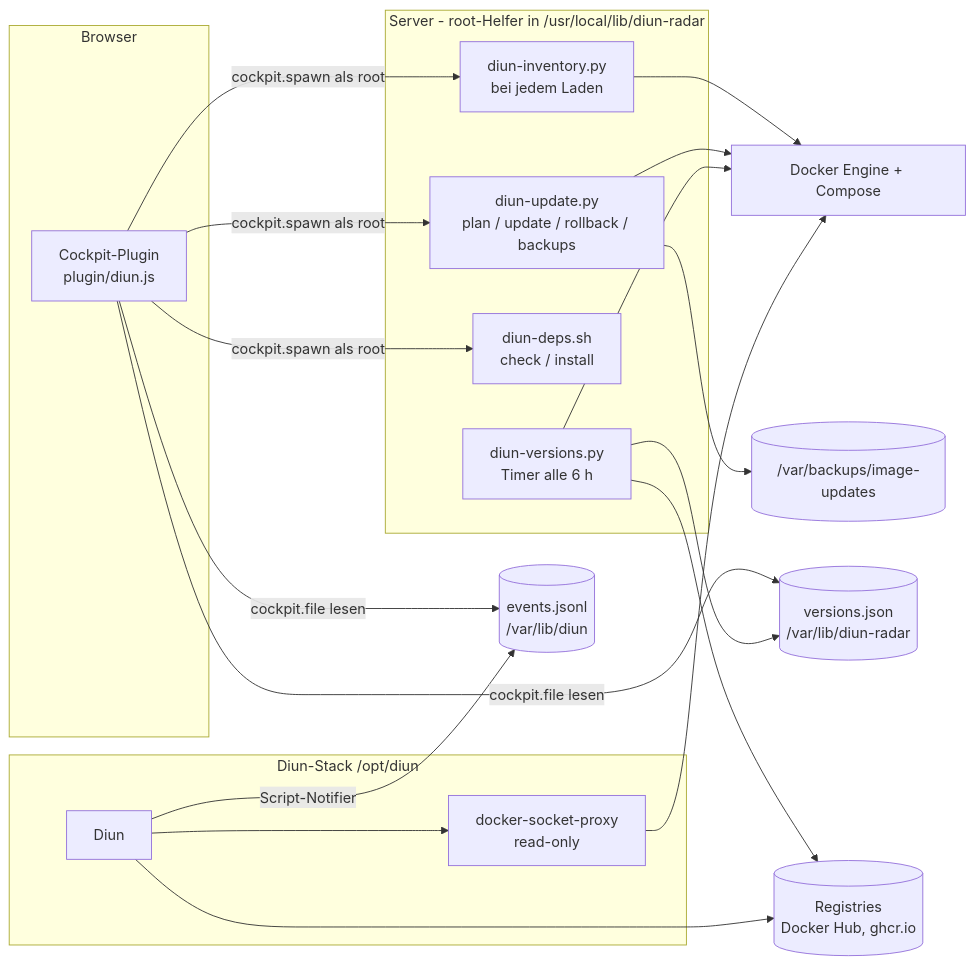
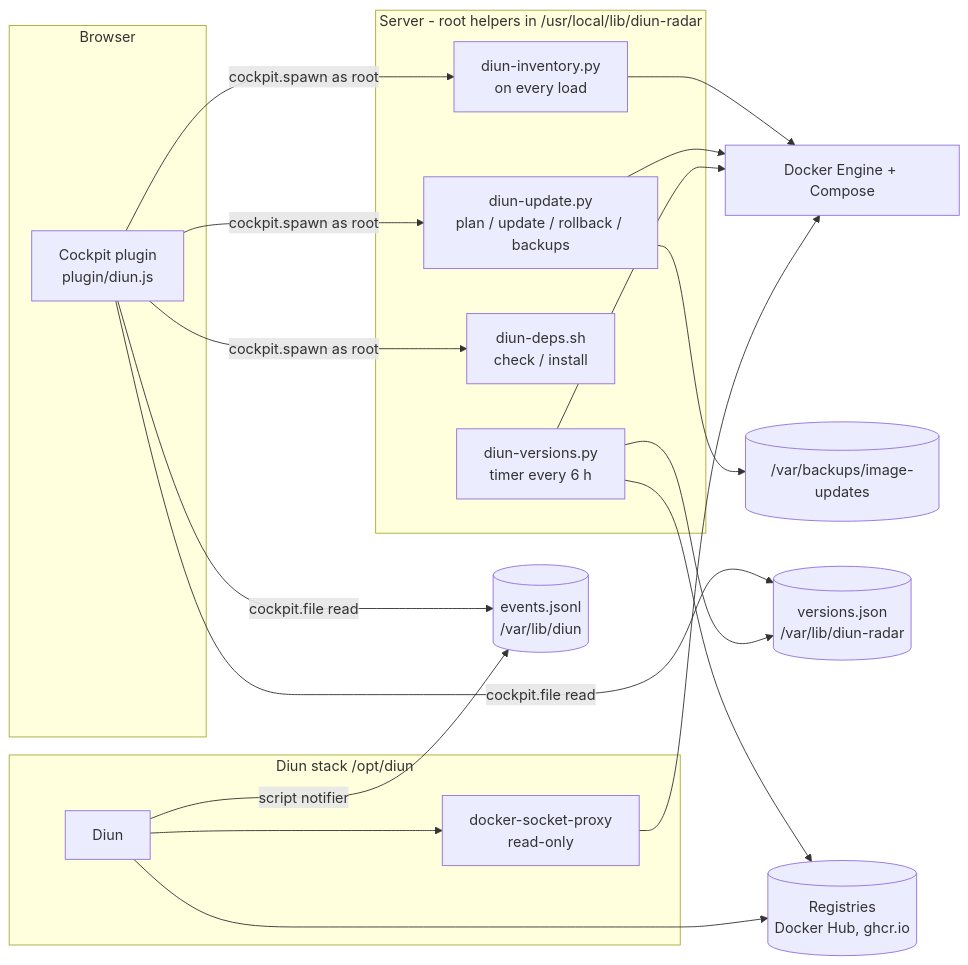
The second of 2 diagrams in README.md (Azentrius/cockpit-image-update-monitor), drawn with Mermaid before and after one commit. The commit also changed other lines of this file and 24 other files, not shown here.

````diff
--- a/README.md
+++ b/README.md
@@ -207,37 +208,37 @@
 ```mermaid
 flowchart LR
     subgraph B["Browser"]
-        P["Cockpit-Plugin<br/>plugin/diun.js"]
+        P["Cockpit plugin<br/>plugin/diun.js"]
     end
-    subgraph H["Server - root-Helfer in /usr/local/lib/diun-radar"]
-        INV["diun-inventory.py<br/>bei jedem Laden"]
+    subgraph H["Server - root helpers in /usr/local/lib/diun-radar"]
+        INV["diun-inventory.py<br/>on every load"]
         UPD["diun-update.py<br/>plan / update / rollback / backups"]
         DEP["diun-deps.sh<br/>check / install"]
-        RAD["diun-versions.py<br/>Timer alle 6 h"]
+        RAD["diun-versions.py<br/>timer every 6 h"]
     end
     VJ[("versions.json<br/>/var/lib/diun-radar")]
     EV[("events.jsonl<br/>/var/lib/diun")]
     BK[("/var/backups/image-updates")]
     DK["Docker Engine + Compose"]
-    subgraph DS["Diun-Stack /opt/diun"]
+    subgraph DS["Diun stack /opt/diun"]
         DI["Diun"]
         SP["docker-socket-proxy<br/>read-only"]
     end
     REG[("Registries<br/>Docker Hub, ghcr.io")]
 
-    P -->|"cockpit.spawn als root"| INV
-    P -->|"cockpit.spawn als root"| UPD
-    P -->|"cockpit.spawn als root"| DEP
-    P -->|"cockpit.file lesen"| VJ
-    P -->|"cockpit.file lesen"| EV
+    P -->|"cockpit.spawn as root"| INV
+    P -->|"cockpit.spawn as root"| UPD
+    P -->|"cockpit.spawn as root"| DEP
+    P -->|"cockpit.file read"| VJ
+    P -->|"cockpit.file read"| EV
     INV --> DK
     UPD --> DK
     UPD --> BK
     RAD --> DK
     RAD --> REG
     RAD --> VJ
     DI --> SP
     SP --> DK
     DI --> REG
-    DI -->|"Script-Notifier"| EV
+    DI -->|"script notifier"| EV
 ```
````
